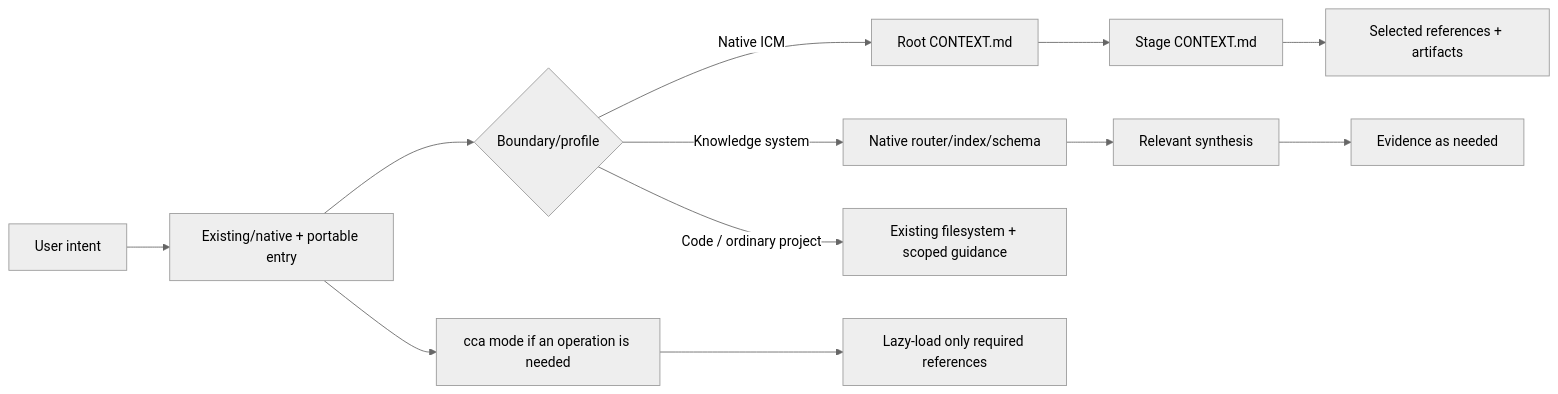
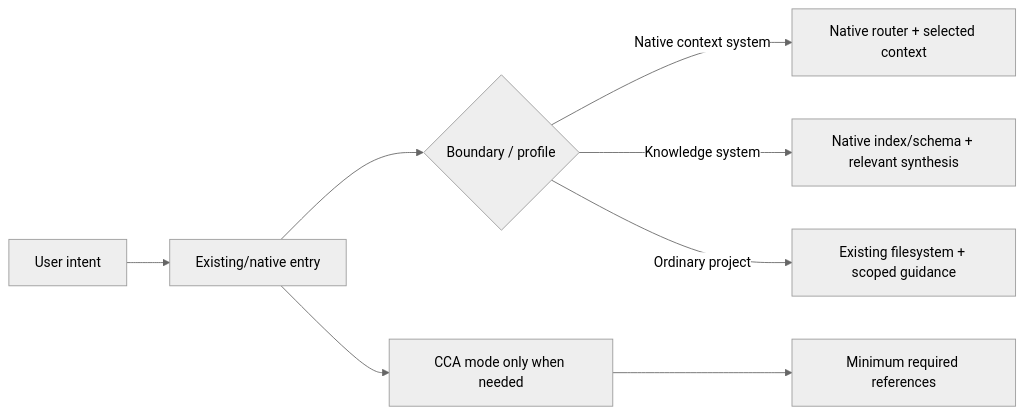
Before and after one commit to yonasuriv/CCA: the second of 2 diagrams in README.md, drawn with Mermaid (neutral theme). The commit also changed other lines of this file and 1 other file, not shown here.

Commit message:
docs: refocus CCA positioning and tighten activation

````diff
--- a/README.md
+++ b/README.md
@@ -238,18 +228,12 @@
 ```mermaid
 flowchart LR
-    U["User intent"] --> E["Existing/native + portable entry"]
-    E --> B{"Boundary/profile"}
+    U["User intent"] --> E["Existing/native entry"]
+    E --> B{"Boundary / profile"}
 
-    B -->|"Native ICM"| IC["Root CONTEXT.md"]
-    IC --> ST["Stage CONTEXT.md"]
-    ST --> SX["Selected references + artifacts"]
+    B -->|"Native context system"| N["Native router + selected context"]
+    B -->|"Knowledge system"| K["Native index/schema + relevant synthesis"]
+    B -->|"Ordinary project"| F["Existing filesystem + scoped guidance"]
 
-    B -->|"Knowledge system"| WI["Native router/index/schema"]
-    WI --> SYN["Relevant synthesis"]
-    SYN --> EV["Evidence as needed"]
-
-    B -->|"Code / ordinary project"| FS["Existing filesystem + scoped guidance"]
-
-    E --> SK["cca mode if an operation is needed"]
-    SK --> LR["Lazy-load only required references"]
+    E --> M["CCA mode only when needed"]
+    M --> R["Minimum required references"]
 ```
````
